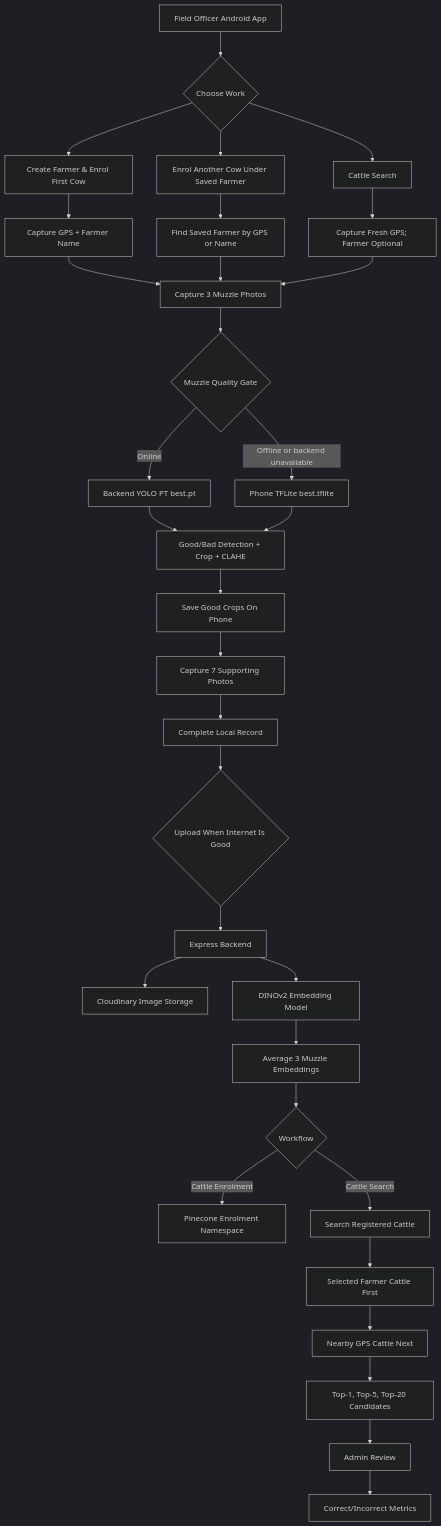
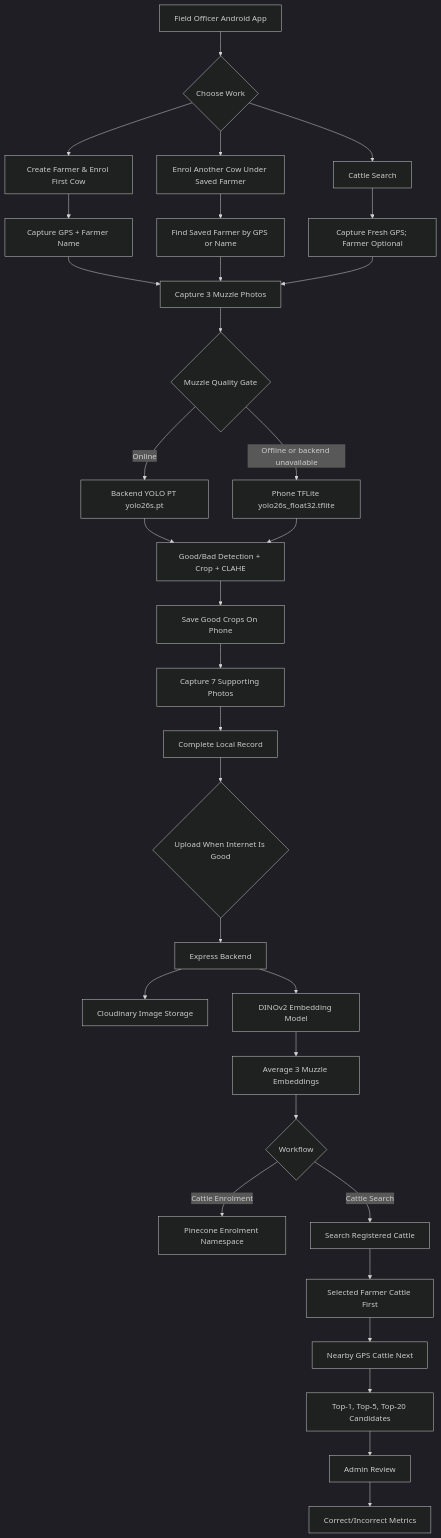
One commit to karthi251104/vacapay_muzzle- changed the diagram in docs/APP_ARCHITECTURE_AND_METRICS.md. Above: the diagram before and after it, drawn with Mermaid (dark theme). The commit also changed other lines of this file and 19 other files, not shown here.

````diff
--- a/docs/APP_ARCHITECTURE_AND_METRICS.md
+++ b/docs/APP_ARCHITECTURE_AND_METRICS.md
@@ -36,40 +36,40 @@
 ```mermaid
 flowchart TD
     A["Field Officer Android App"] --> B{"Choose Work"}
     B --> C["Create Farmer & Enrol First Cow"]
     B --> D["Enrol Another Cow Under Saved Farmer"]
     B --> E["Cattle Search"]
 
     C --> F["Capture GPS + Farmer Name"]
     D --> G["Find Saved Farmer by GPS or Name"]
     E --> H["Capture Fresh GPS; Farmer Optional"]
 
     F --> I["Capture 3 Muzzle Photos"]
     G --> I
     H --> I
 
     I --> J{"Muzzle Quality Gate"}
-    J -->|"Online"| K["Backend YOLO PT best.pt"]
-    J -->|"Offline or backend unavailable"| L["Phone TFLite best.tflite"]
+    J -->|"Online"| K["Backend YOLO PT yolo26s.pt"]
+    J -->|"Offline or backend unavailable"| L["Phone TFLite yolo26s_float32.tflite"]
     K --> M["Good/Bad Detection + Crop + CLAHE"]
     L --> M
     M --> N["Save Good Crops On Phone"]
 
     N --> O["Capture 7 Supporting Photos"]
     O --> P["Complete Local Record"]
     P --> Q{"Upload When Internet Is Good"}
 
     Q --> R["Express Backend"]
     R --> S["Cloudinary Image Storage"]
     R --> T["DINOv2 Embedding Model"]
     T --> U["Average 3 Muzzle Embeddings"]
     U --> V{"Workflow"}
 
     V -->|"Cattle Enrolment"| W["Pinecone Enrolment Namespace"]
     V -->|"Cattle Search"| X["Search Registered Cattle"]
     X --> Y["Selected Farmer Cattle First"]
     Y --> Z["Nearby GPS Cattle Next"]
     Z --> AA["Top-1, Top-5, Top-20 Candidates"]
     AA --> AB["Admin Review"]
     AB --> AC["Correct/Incorrect Metrics"]
 ```
````
